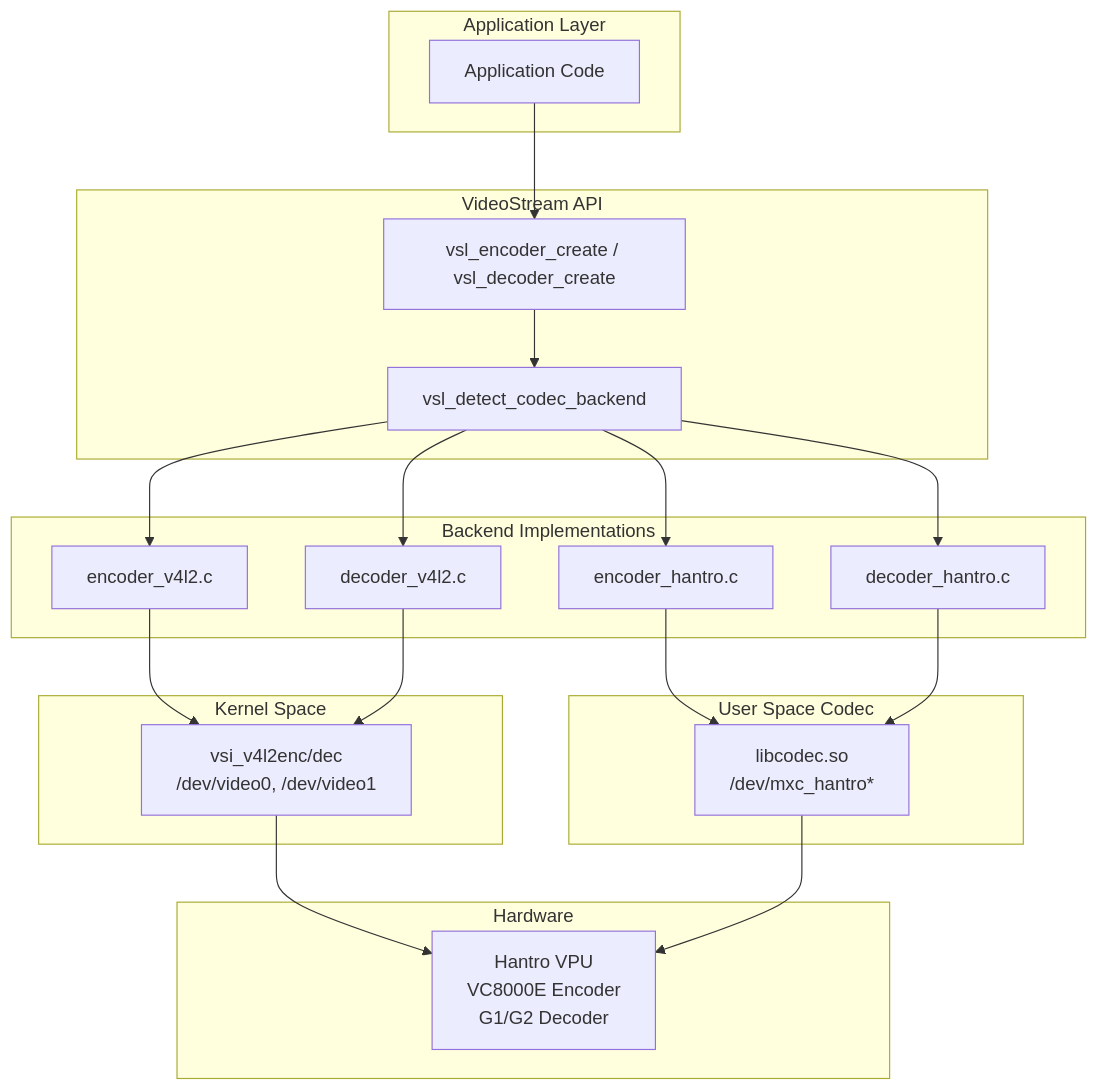
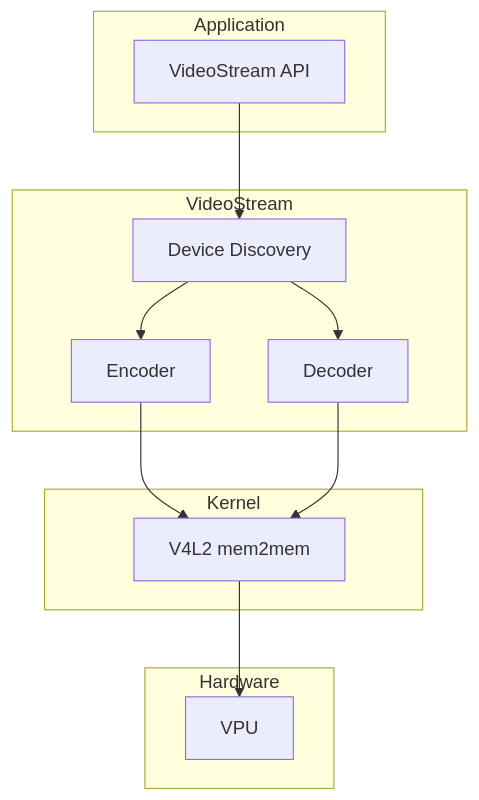
Before and after one commit to EdgeFirstAI/videostream: the eighth of 11 diagrams in ARCHITECTURE.md, drawn with Mermaid. The commit also changed other lines of this file and 35 other files, not shown here.

First line of the commit message:
EDGEAI-982: Refocus VideoStream on portable V4L2 APIs for i.MX 95 support

````diff
--- a/ARCHITECTURE.md
+++ b/ARCHITECTURE.md
@@ -426,43 +258,23 @@
 ```mermaid
 graph TB
-    subgraph "Application Layer"
-        APP[Application Code]
+    subgraph Application
+        API[VideoStream API]
     end
 
-    subgraph "VideoStream API"
-        API[vsl_encoder_create / vsl_decoder_create]
-        DETECT[vsl_detect_codec_backend]
+    subgraph VideoStream
+        DISC[Device Discovery]
+        ENC[Encoder]
+        DEC[Decoder]
     end
 
-    subgraph "Backend Implementations"
-        V4L2E[encoder_v4l2.c]
-        V4L2D[decoder_v4l2.c]
-        HANTROE[encoder_hantro.c]
-        HANTROD[decoder_hantro.c]
+    subgraph Kernel
+        M2M[V4L2 mem2mem]
     end
 
-    subgraph "Kernel Space"
-        VSI[vsi_v4l2enc/dec<br/>/dev/video0, /dev/video1]
+    subgraph Hardware
+        VPU[VPU]
     end
 
-    subgraph "User Space Codec"
-        LIBCODEC[libcodec.so<br/>/dev/mxc_hantro*]
-    end
-
-    subgraph "Hardware"
-        VPU[Hantro VPU<br/>VC8000E Encoder<br/>G1/G2 Decoder]
-    end
-
-    APP --> API
-    API --> DETECT
-    DETECT --> V4L2E
-    DETECT --> V4L2D
-    DETECT --> HANTROE
-    DETECT --> HANTROD
-    V4L2E --> VSI
-    V4L2D --> VSI
-    HANTROE --> LIBCODEC
-    HANTROD --> LIBCODEC
-    VSI --> VPU
-    LIBCODEC --> VPU
+    API --> DISC --> ENC & DEC
+    ENC & DEC --> M2M --> VPU
 ```
````
